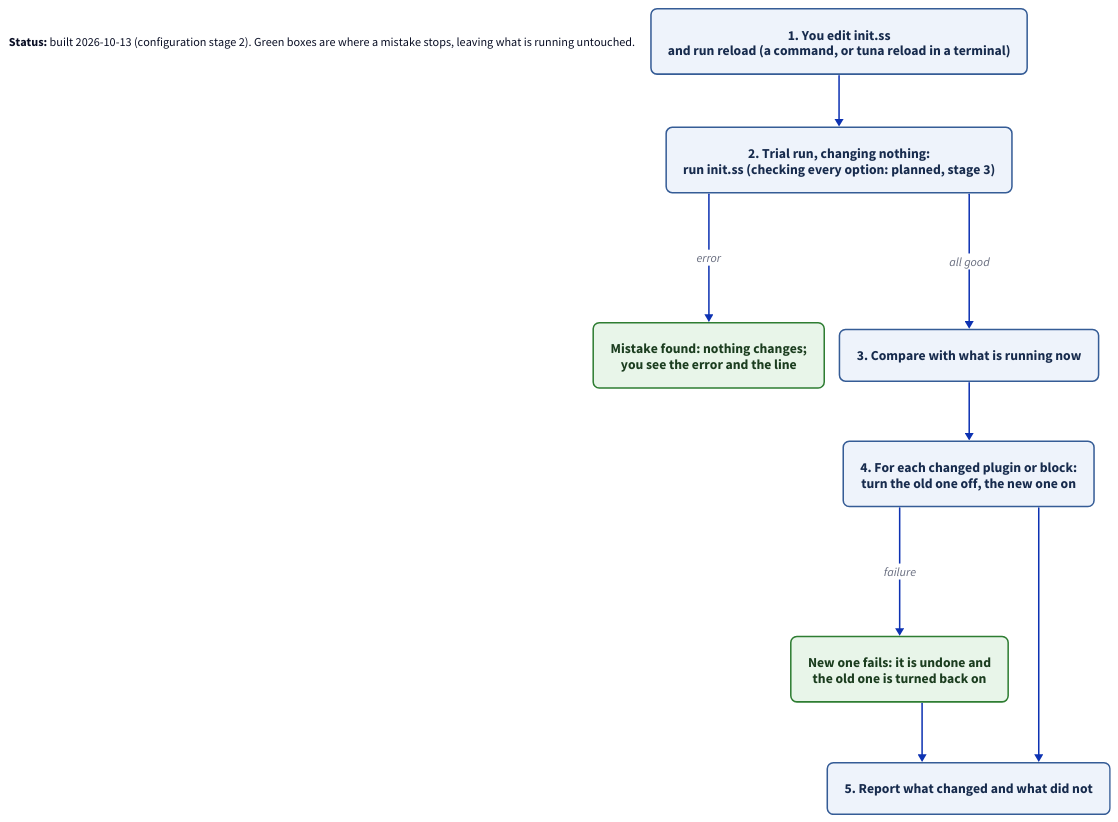
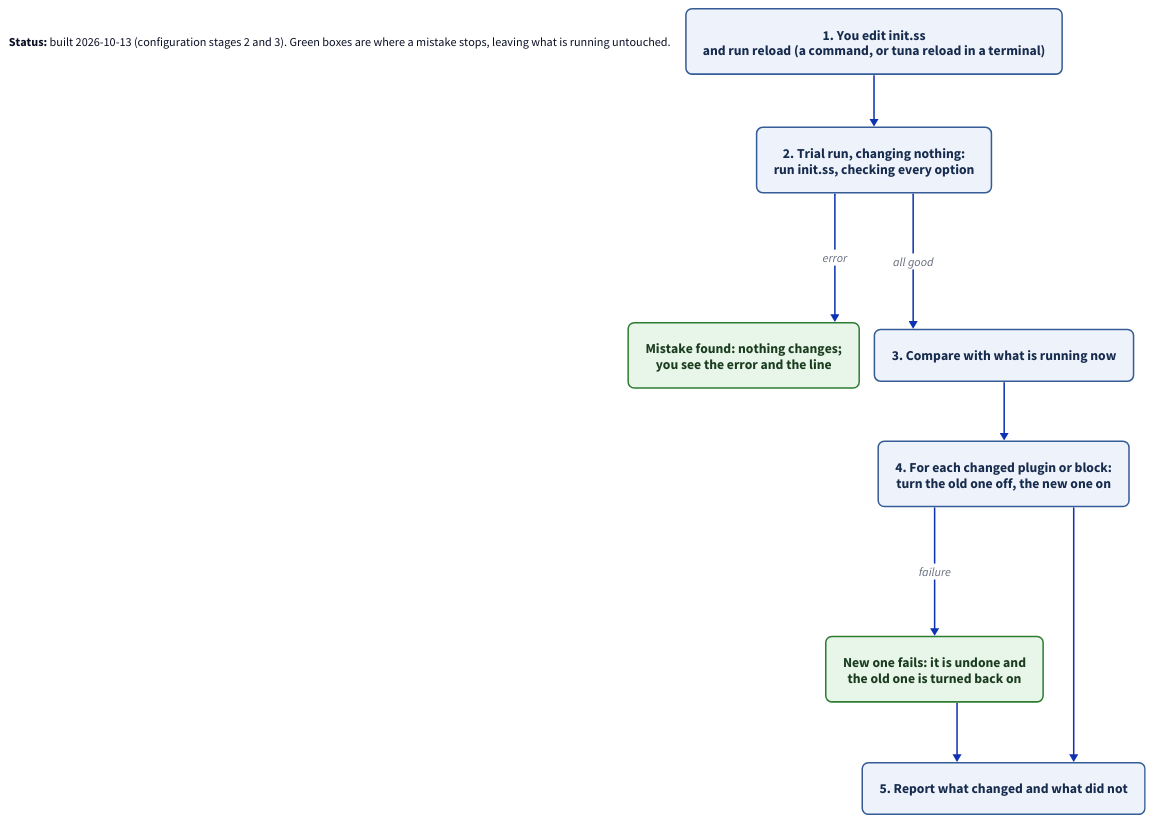
The diagram in docs/diagrams/config-reload.d2 (jaybonthius/tuna), drawn with D2 before and after one commit. The commit also changed 9 other files, not shown here.

```diff
--- a/docs/diagrams/config-reload.d2
+++ b/docs/diagrams/config-reload.d2
@@ -1,49 +1,49 @@
 # What happens when you reload your configuration?
 vars: {
   d2-config: {
     layout-engine: elk
     theme-id: 0
   }
 }
 direction: down
 
 classes: {
   step: {
     style: {
       fill: "#eef3fb"
       stroke: "#355c96"
       font-color: "#172b4d"
       border-radius: 8
       font-size: 18
     }
   }
   safe: {
     style: {
       fill: "#e8f5e9"
       stroke: "#2e7d32"
       font-color: "#1b3d1f"
       border-radius: 8
       font-size: 18
     }
   }
 }
 
 legend: |md
-  **Status:** built 2026-10-13 (configuration stage 2). Green boxes are where a mistake stops, leaving what is running untouched.
+  **Status:** built 2026-10-13 (configuration stages 2 and 3). Green boxes are where a mistake stops, leaving what is running untouched.
 |
 
 edit: "1. You edit init.ss\nand run reload (a command, or tuna reload in a terminal)" {class: step}
-check: "2. Trial run, changing nothing:\nrun init.ss (checking every option: planned, stage 3)" {class: step}
+check: "2. Trial run, changing nothing:\nrun init.ss, checking every option" {class: step}
 stop: "Mistake found: nothing changes;\nyou see the error and the line" {class: safe}
 compare: "3. Compare with what is running now" {class: step}
 apply: "4. For each changed plugin or block:\nturn the old one off, the new one on" {class: step}
 keep: "New one fails: it is undone and\nthe old one is turned back on" {class: safe}
 report: "5. Report what changed and what did not" {class: step}
 
 edit -> check
 check -> stop: "error"
 check -> compare: "all good"
 compare -> apply
 apply -> keep: "failure"
 apply -> report
 keep -> report
```
